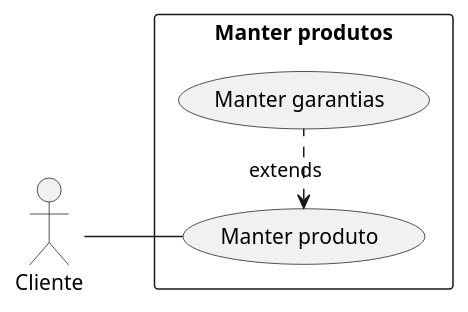
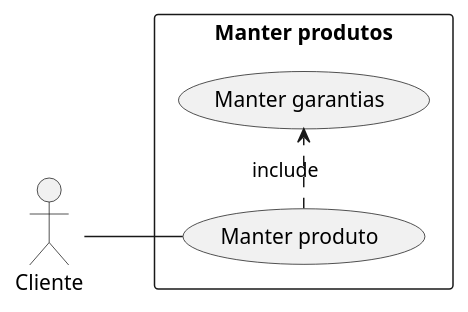
One commit to maxwellamaral/maxwellamaral.github.io changed the diagram in docs/assets/puml/usecase_rf01_2.puml. Above: the diagram before and after it, drawn with PlantUML. The commit also changed 1 other file, not shown here.

Commit message:
🆕 Adicionada novas instruções à lição de Visões UML

```diff
--- a/docs/assets/puml/usecase_rf01_2.puml
+++ b/docs/assets/puml/usecase_rf01_2.puml
@@ -1,15 +1,15 @@
 @startuml
 
 left to right direction
 skinparam packageStyle rectangle
 actor Cliente as c
 
 rectangle "Manter produtos" {
     usecase "Manter produto" as uc1
     usecase "Manter garantias" as uc2
 }
 
 c -- uc1
-uc1 <. uc2: extends
+uc1 .> uc2: include
 
 @enduml
```
